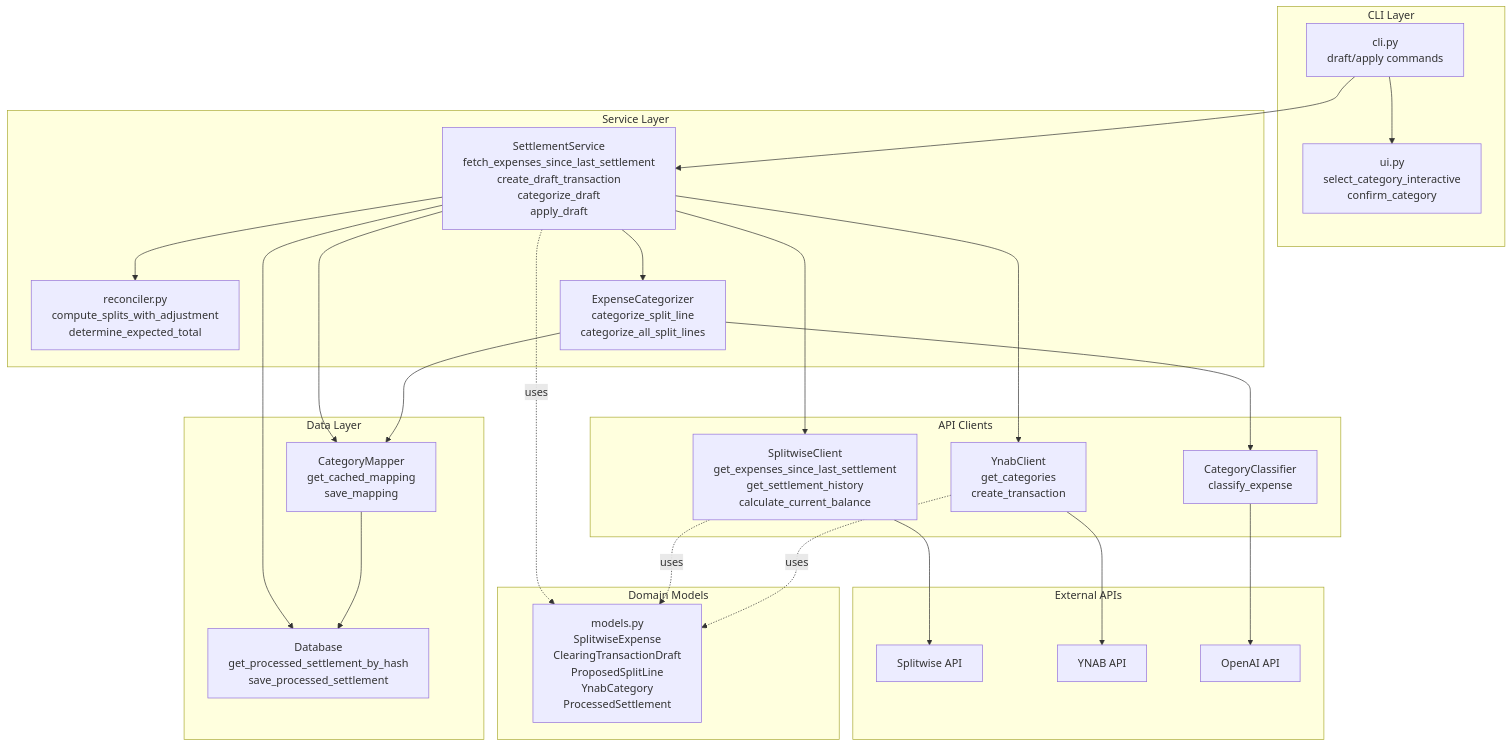
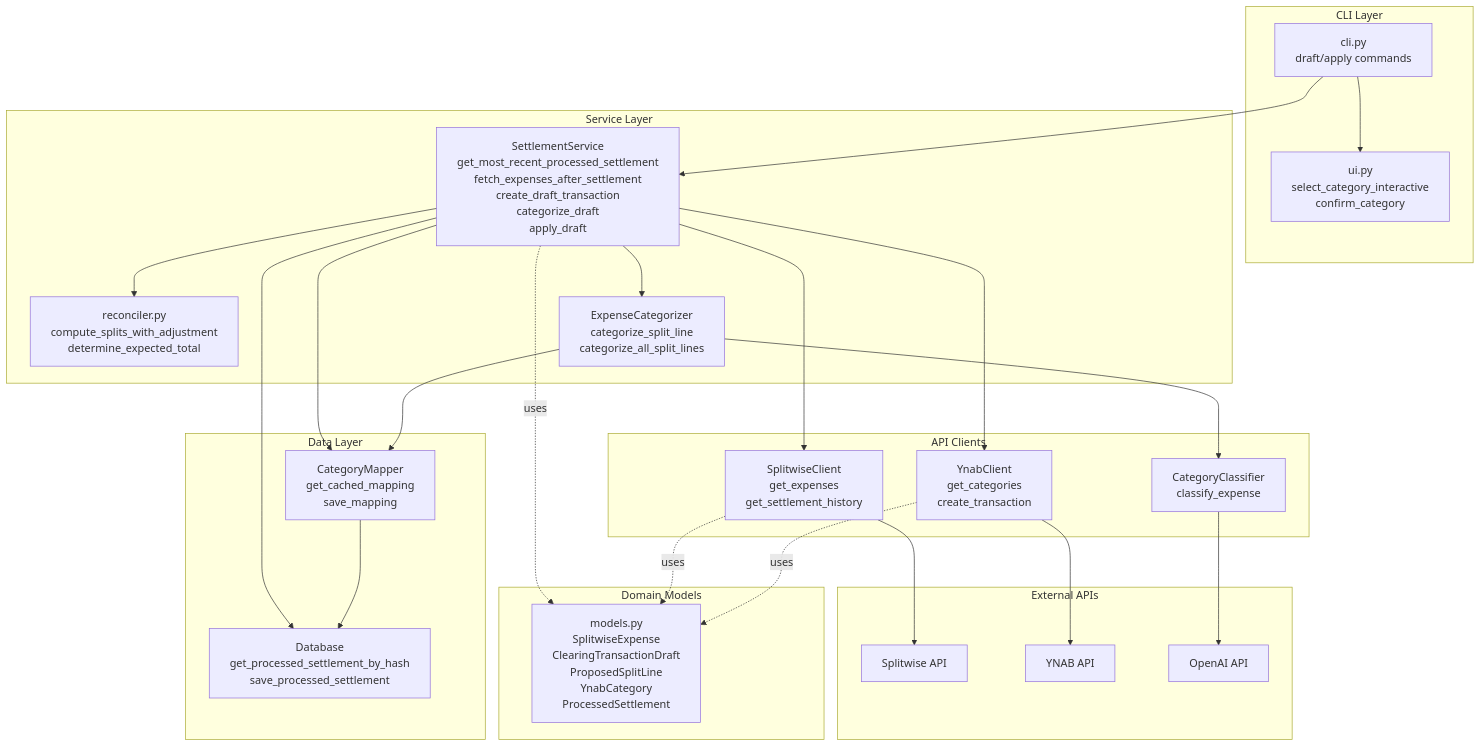
Before and after one commit to codyjk/YnabSplit: the first of 2 diagrams in README.md, drawn with Mermaid. The commit also changed other lines of this file, not shown here.

First line of the commit message:
Update README with latest architecture and flow

````diff
--- a/README.md
+++ b/README.md
@@ -107,52 +107,52 @@
 ```mermaid
 graph TB
     subgraph "CLI Layer"
         CLI[cli.py<br/>draft/apply commands]
         UI[ui.py<br/>select_category_interactive<br/>confirm_category]
     end
 
     subgraph "Service Layer"
-        Service[SettlementService<br/>fetch_expenses_since_last_settlement<br/>create_draft_transaction<br/>categorize_draft<br/>apply_draft]
+        Service[SettlementService<br/>get_most_recent_processed_settlement<br/>fetch_expenses_after_settlement<br/>create_draft_transaction<br/>categorize_draft<br/>apply_draft]
         Reconciler[reconciler.py<br/>compute_splits_with_adjustment<br/>determine_expected_total]
         Categorizer[ExpenseCategorizer<br/>categorize_split_line<br/>categorize_all_split_lines]
     end
 
     subgraph "Data Layer"
         Mapper[CategoryMapper<br/>get_cached_mapping<br/>save_mapping]
         DB[Database<br/>get_processed_settlement_by_hash<br/>save_processed_settlement]
     end
 
     subgraph "External APIs"
         SplitwiseAPI[Splitwise API]
         YNABAPI[YNAB API]
         OpenAIAPI[OpenAI API]
     end
 
     subgraph "API Clients"
-        SplitwiseClient[SplitwiseClient<br/>get_expenses_since_last_settlement<br/>get_settlement_history<br/>calculate_current_balance]
+        SplitwiseClient[SplitwiseClient<br/>get_expenses<br/>get_settlement_history]
         YnabClient[YnabClient<br/>get_categories<br/>create_transaction]
         Classifier[CategoryClassifier<br/>classify_expense]
     end
 
     subgraph "Domain Models"
         Models[models.py<br/>SplitwiseExpense<br/>ClearingTransactionDraft<br/>ProposedSplitLine<br/>YnabCategory<br/>ProcessedSettlement]
     end
 
     CLI --> Service
     CLI --> UI
     Service --> SplitwiseClient
     Service --> YnabClient
     Service --> Categorizer
     Service --> Reconciler
     Service --> Mapper
     Service --> DB
     Categorizer --> Mapper
     Categorizer --> Classifier
     SplitwiseClient --> SplitwiseAPI
     YnabClient --> YNABAPI
     Classifier --> OpenAIAPI
     Mapper --> DB
     Service -.uses.-> Models
     SplitwiseClient -.uses.-> Models
     YnabClient -.uses.-> Models
 ```
````
